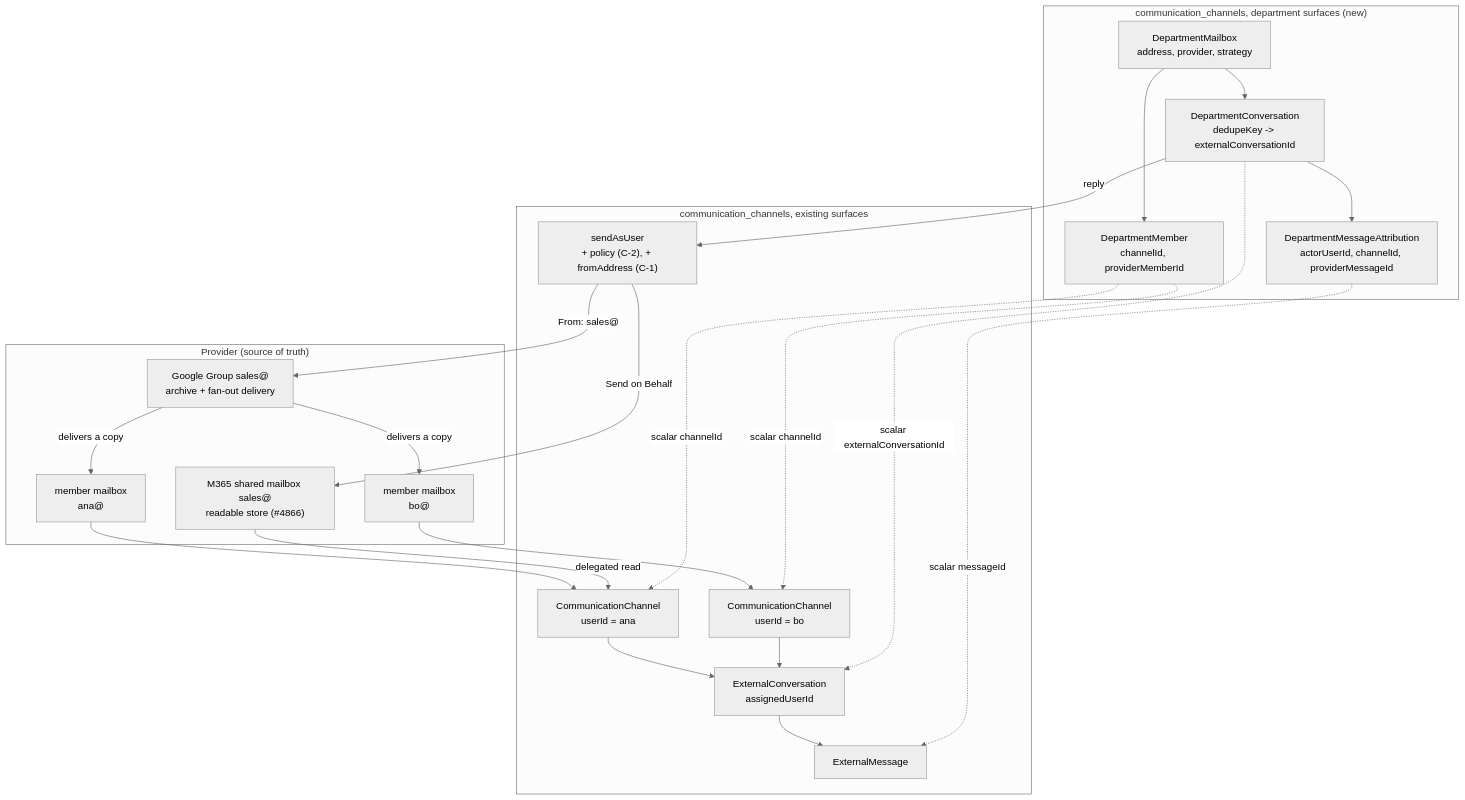
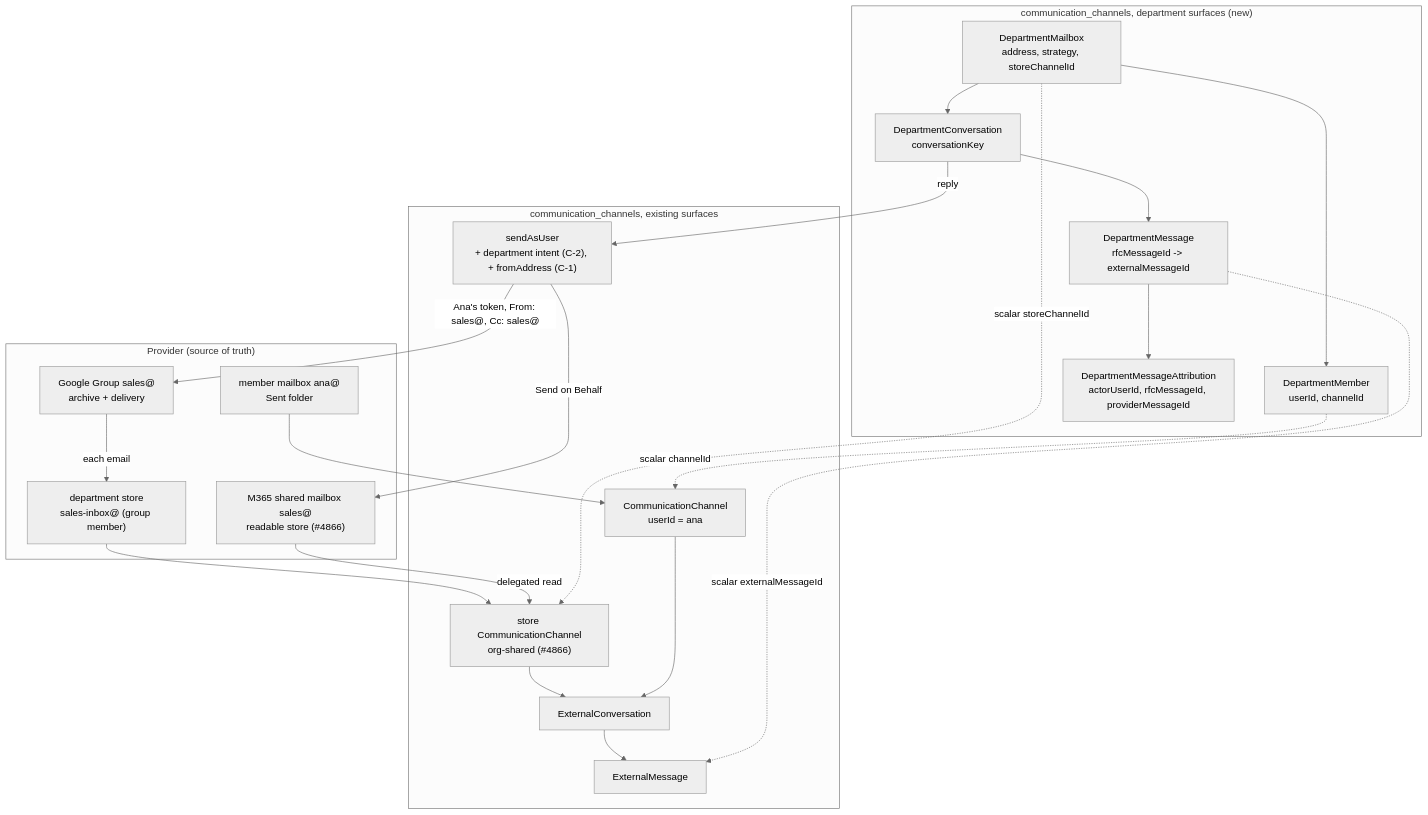
One commit to open-mercato/open-mercato changed the first of 5 diagrams in .ai/specs/2026-09-20-department-mailboxes.md. Above: the diagram before and after it, drawn with Mermaid (neutral theme). The commit also changed other lines of this file and 1 other file, not shown here.

First line of the commit message:
docs(specs): department mailboxes revision 2 after review

````diff
--- a/.ai/specs/2026-09-20-department-mailboxes.md
+++ b/.ai/specs/2026-09-20-department-mailboxes.md
@@ -172,43 +199,43 @@
 ```mermaid
 graph TB
   subgraph provider["Provider (source of truth)"]
-    GG["Google Group sales@<br/>archive + fan-out delivery"]
+    GG["Google Group sales@<br/>archive + delivery"]
+    ST["department store<br/>sales-inbox@ (group member)"]
     MSM["M365 shared mailbox sales@<br/>readable store (#4866)"]
-    MB1["member mailbox<br/>ana@"]
-    MB2["member mailbox<br/>bo@"]
-    GG -->|delivers a copy| MB1
-    GG -->|delivers a copy| MB2
+    MB1["member mailbox ana@<br/>Sent folder"]
+    GG -->|each email| ST
   end
 
   subgraph hub["communication_channels, existing surfaces"]
+    CHS["store CommunicationChannel<br/>org-shared (#4866)"]
     CH1["CommunicationChannel<br/>userId = ana"]
-    CH2["CommunicationChannel<br/>userId = bo"]
-    EC["ExternalConversation<br/>assignedUserId"]
+    EC["ExternalConversation"]
     EM["ExternalMessage"]
-    SAU["sendAsUser<br/>+ policy (C-2), + fromAddress (C-1)"]
+    SAU["sendAsUser<br/>+ department intent (C-2), + fromAddress (C-1)"]
   end
 
   subgraph dept["communication_channels, department surfaces (new)"]
-    DM["DepartmentMailbox<br/>address, provider, strategy"]
-    DMEM["DepartmentMember<br/>channelId, providerMemberId"]
-    DC["DepartmentConversation<br/>dedupeKey -> externalConversationId"]
-    ATT["DepartmentMessageAttribution<br/>actorUserId, channelId, providerMessageId"]
+    DM["DepartmentMailbox<br/>address, strategy, storeChannelId"]
+    DMEM["DepartmentMember<br/>userId, channelId"]
+    DC["DepartmentConversation<br/>conversationKey"]
+    DMSG["DepartmentMessage<br/>rfcMessageId -> externalMessageId"]
+    ATT["DepartmentMessageAttribution<br/>actorUserId, rfcMessageId, providerMessageId"]
   end
 
+  ST --> CHS
+  MSM -->|delegated read| CHS
   MB1 --> CH1
-  MB2 --> CH2
-  MSM -->|delegated read| CH1
+  CHS --> EC
   CH1 --> EC
-  CH2 --> EC
   EC --> EM
+  DM -.->|scalar storeChannelId| CHS
   DM --> DMEM
   DMEM -.->|scalar channelId| CH1
-  DMEM -.->|scalar channelId| CH2
-  DC -.->|scalar externalConversationId| EC
   DM --> DC
-  DC --> ATT
-  ATT -.->|scalar messageId| EM
+  DC --> DMSG
+  DMSG -.->|scalar externalMessageId| EM
+  DMSG --> ATT
   DC -->|reply| SAU
-  SAU -->|From: sales@| GG
+  SAU -->|"Ana's token, From: sales@, Cc: sales@"| GG
   SAU -->|Send on Behalf| MSM
 ```
````
